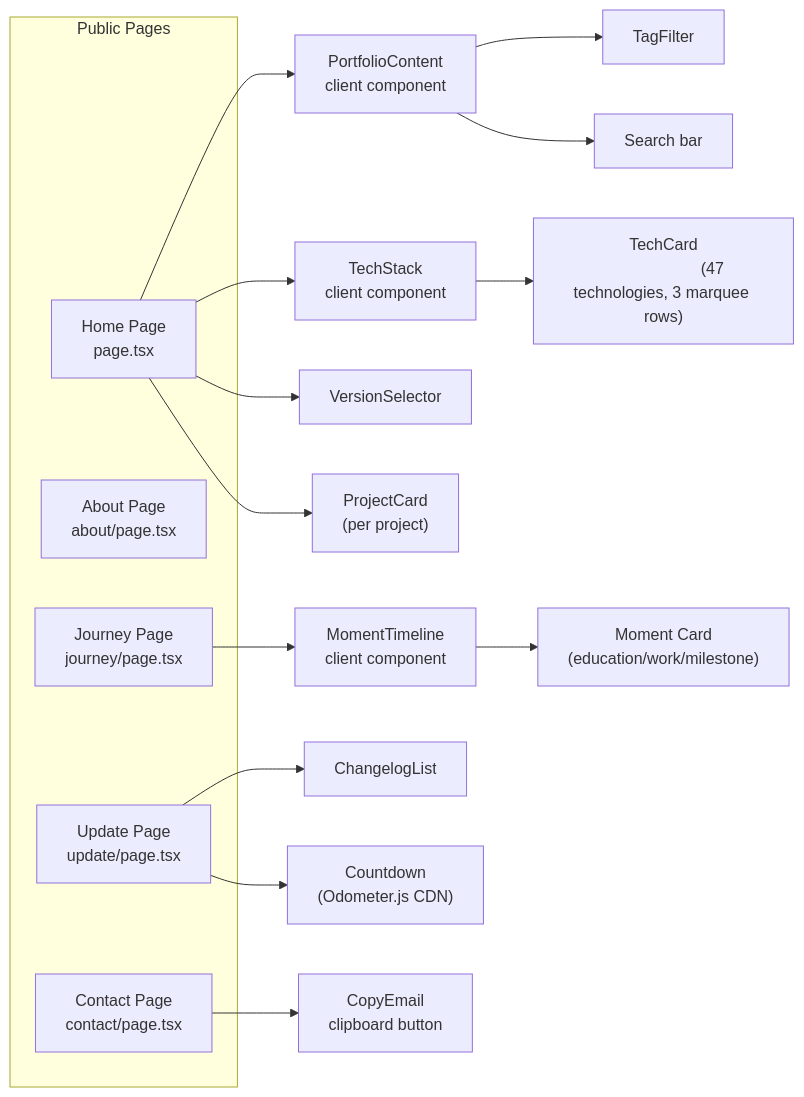
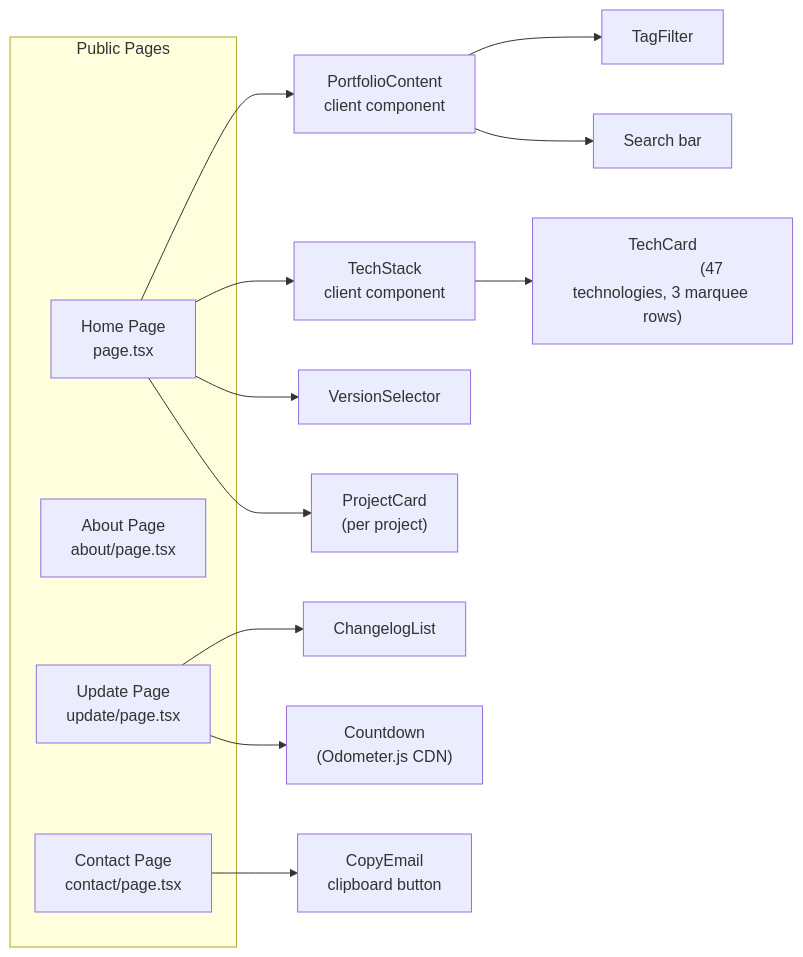
One commit to ddrayko/portfolio changed the third of 5 diagrams in README.md. Above: the diagram before and after it, drawn with Mermaid. The commit also changed other lines of this file and 15 other files, not shown here.

````diff
--- a/README.md
+++ b/README.md
@@ -159,41 +148,34 @@
 ```mermaid
 flowchart LR
     subgraph Public["Public Pages"]
         Home["Home Page
               page.tsx"]
         About["About Page
               about/page.tsx"]
         Contact["Contact Page
                 contact/page.tsx"]
-        Journey["Journey Page
-                journey/page.tsx"]
         Update["Update Page
                update/page.tsx"]
     end
 
     Home --> Portfolio["PortfolioContent
                        client component"]
     Home --> Tech["TechStack
                   client component"]
     Home --> Version["VersionSelector"]
     Home --> PF["ProjectCard
                 (per project)"]
 
     Portfolio --> Tag["TagFilter"]
     Portfolio --> Search["Search bar"]
 
     Tech --> TechCard["TechCard
                        (47 technologies, 3 marquee rows)"]
 
-    Journey --> Timeline["MomentTimeline
-                         client component"]
-    Timeline --> MomentCard["Moment Card
-                             (education/work/milestone)"]
-
     Update --> Changelog["ChangelogList"]
     Update --> CountdownComponent["Countdown
                                    (Odometer.js CDN)"]
 
     Contact --> CopyBtn["CopyEmail
                          clipboard button"]
 ```
````
